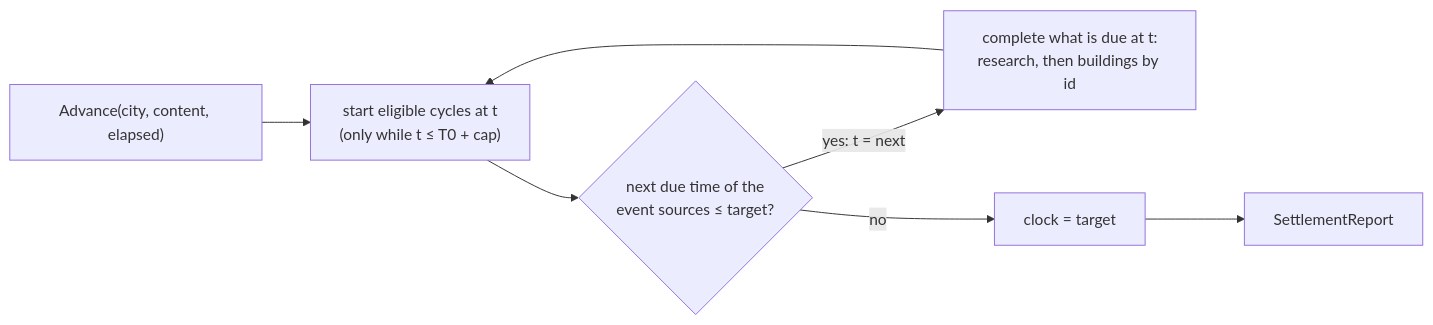
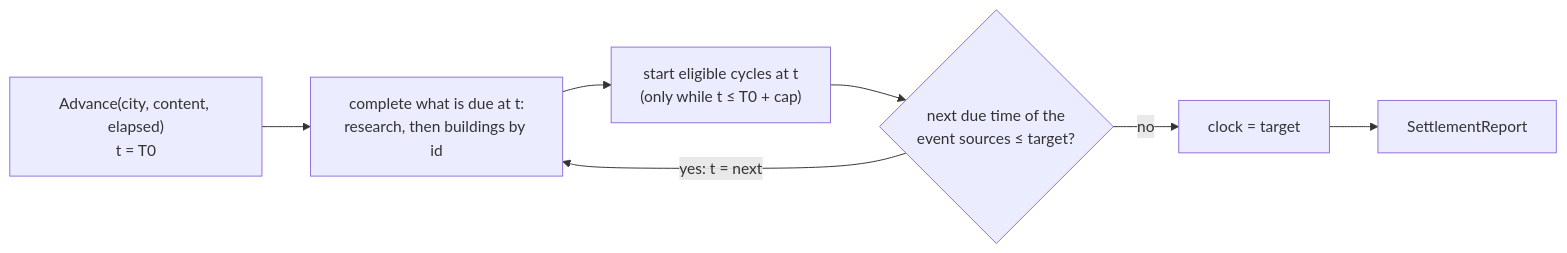
Before and after one commit to Samurai-netizen/citybuild: the fourth of 4 diagrams in docs/modules/CityBuilder.Simulation.md, drawn with Mermaid. The commit also changed other lines of this file and 22 other files, not shown here.

````diff
--- a/docs/modules/CityBuilder.Simulation.md
+++ b/docs/modules/CityBuilder.Simulation.md
@@ -60,8 +60,8 @@
 ```mermaid
 flowchart LR
-  A["Advance(city, content, elapsed)"] --> S["start eligible cycles at t<br/>(only while t ≤ T0 + cap)"]
+  A["Advance(city, content, elapsed)<br/>t = T0"] --> C["complete what is due at t:<br/>research, then buildings by id"]
+  C --> S["start eligible cycles at t<br/>(only while t ≤ T0 + cap)"]
   S --> N{"next due time of the<br/>event sources ≤ target?"}
-  N -- "yes: t = next" --> C["complete what is due at t:<br/>research, then buildings by id"]
-  C --> S
+  N -- "yes: t = next" --> C
   N -- no --> K["clock = target"] --> R[SettlementReport]
 ```
````
